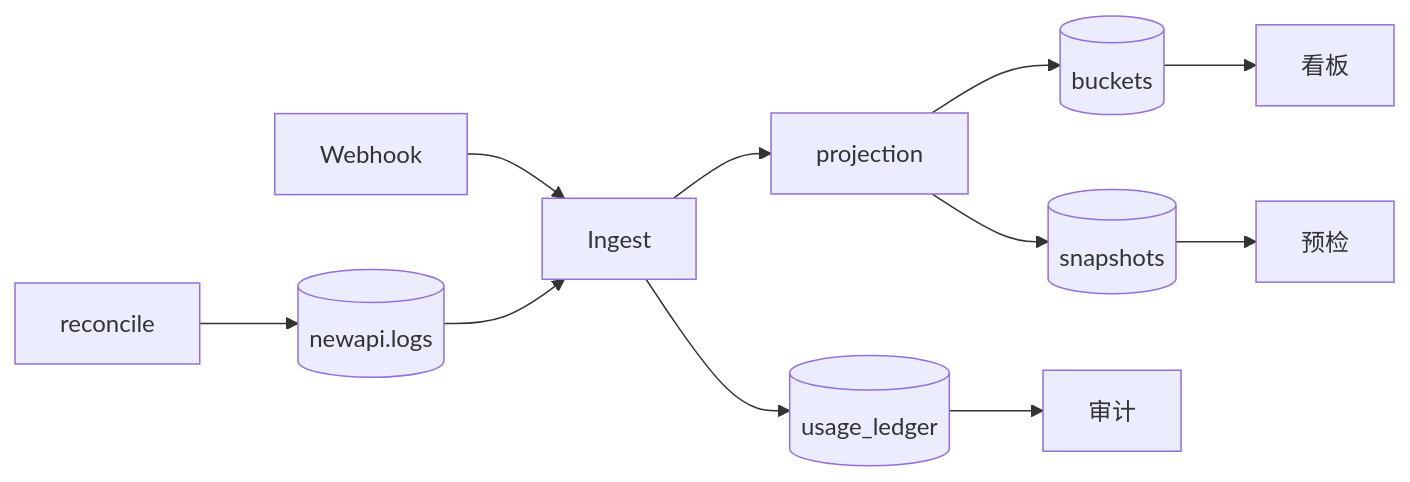
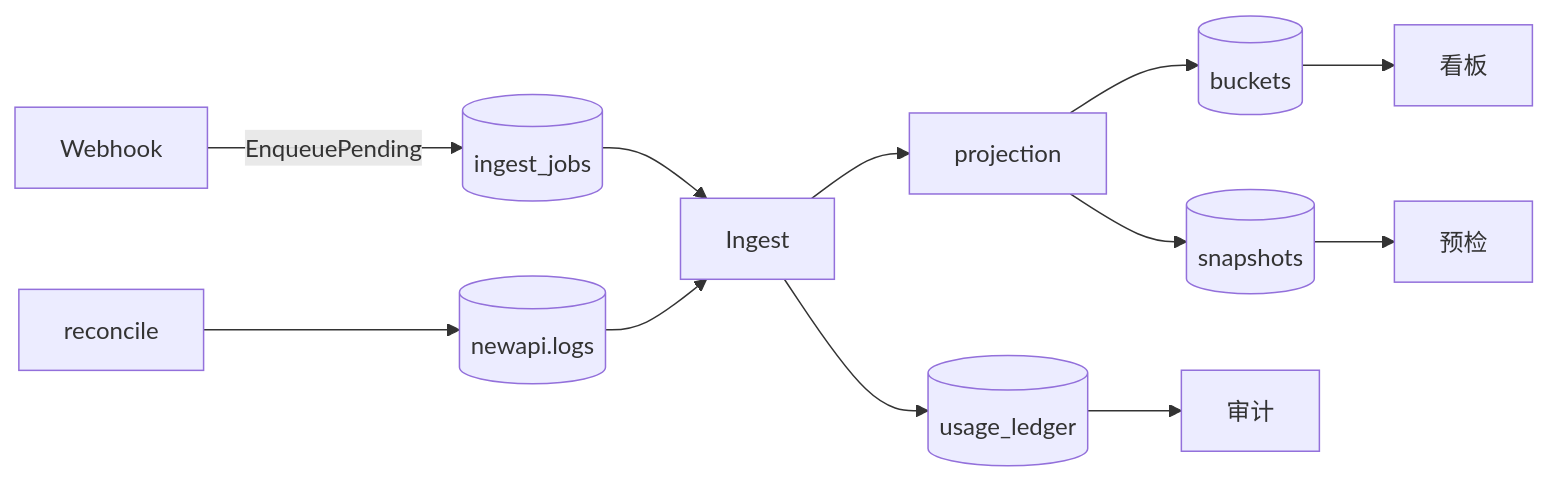
Before and after one commit to quyip8818/mytokenjoy: the sixth of 7 diagrams in docs/Backend-存储架构.md, drawn with Mermaid. The commit also changed other lines of this file and 46 other files, not shown here.

````diff
--- a/docs/Backend-存储架构.md
+++ b/docs/Backend-存储架构.md
@@ -156,10 +156,11 @@
 ```mermaid
 flowchart LR
-  WH[Webhook] --> ING[Ingest]
+  WH[Webhook] -->|EnqueuePending| Q[(ingest_jobs)]
+  Q --> ING[Ingest]
   RC[reconcile] --> NLG[(newapi.logs)] --> ING
   ING --> UL[(usage_ledger)]
   ING --> PROJ[projection] --> UB[(buckets)] & BS[(snapshots)]
   UL --> AUD[审计]
   UB --> DASH[看板]
   BS --> GW[预检]
 ```
````
